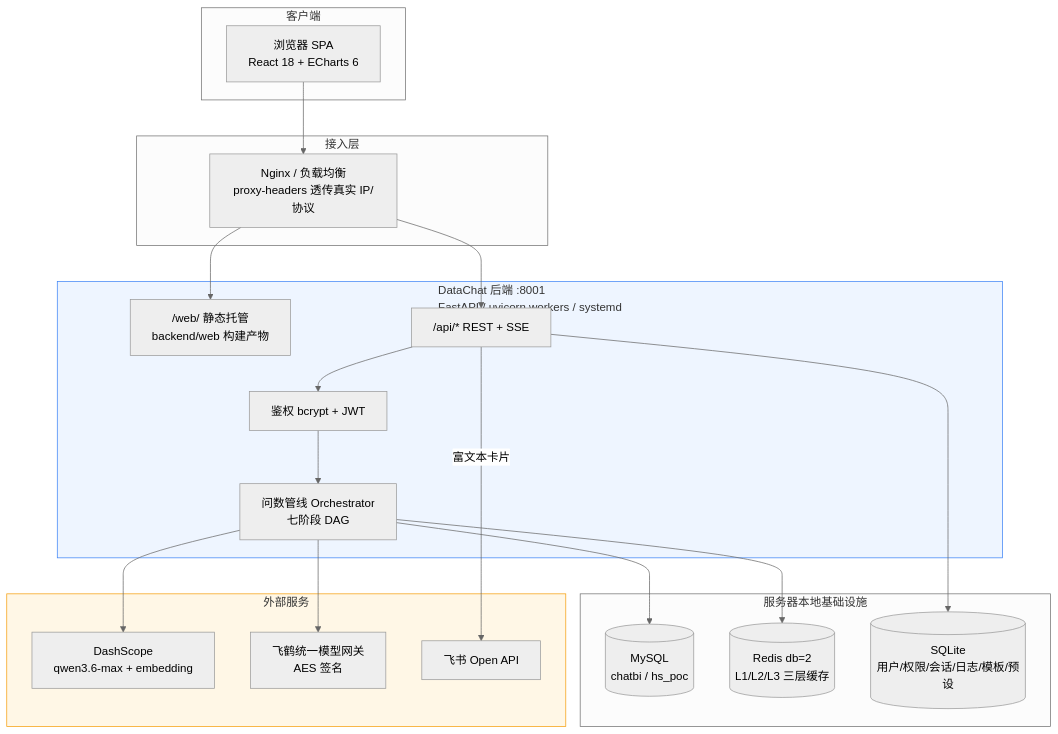
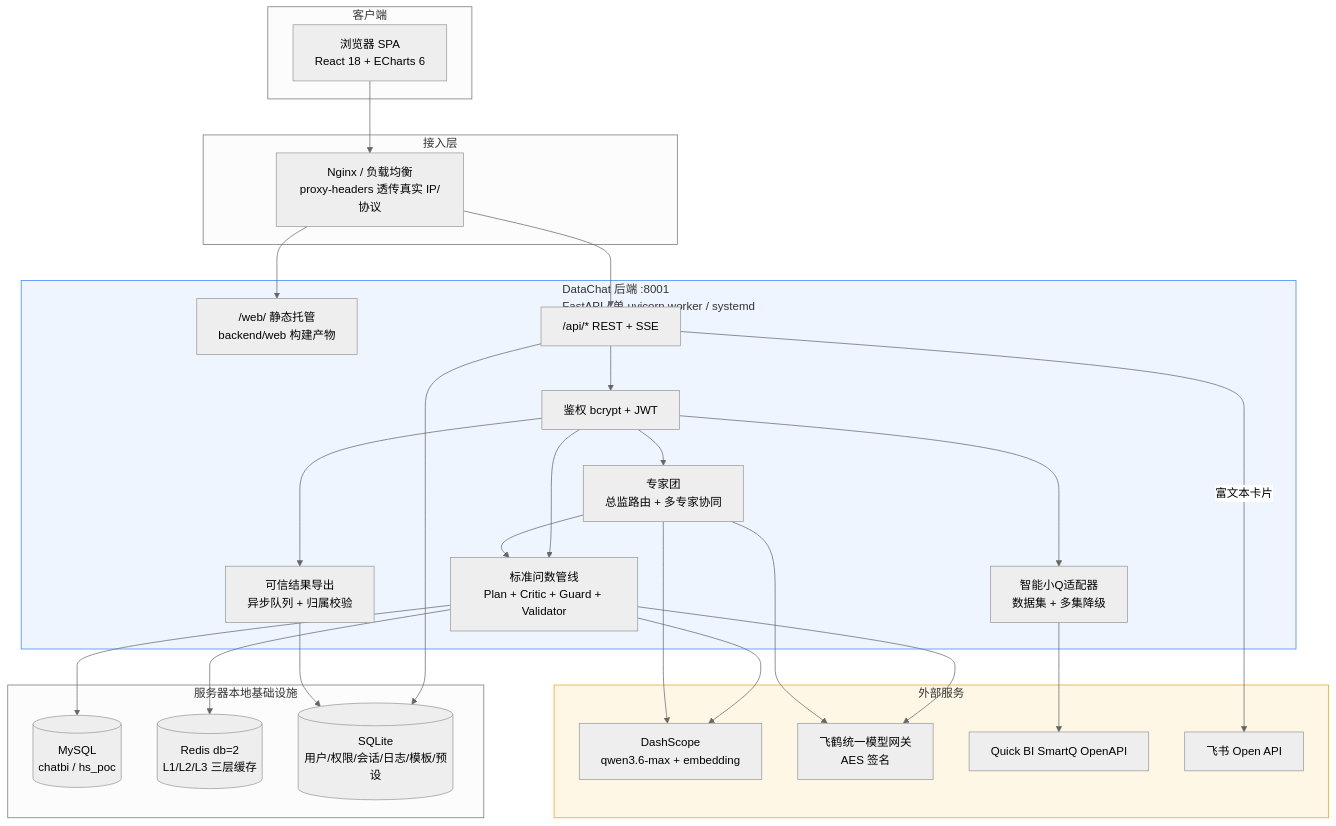
Before and after one commit to YJLBigData/DataChatV1: the first of 5 diagrams in docs/ARCHITECTURE.md, drawn with Mermaid (neutral theme). The commit also changed other lines of this file and 2 other files, not shown here.

````diff
--- a/docs/ARCHITECTURE.md
+++ b/docs/ARCHITECTURE.md
@@ -7,42 +7,55 @@
 ```mermaid
 flowchart TB
     subgraph client["客户端"]
         B["浏览器 SPA<br/>React 18 + ECharts 6"]
     end
 
     subgraph edge["接入层"]
         LB["Nginx / 负载均衡<br/>proxy-headers 透传真实 IP/协议"]
     end
 
-    subgraph datachat["DataChat 后端 :8001<br/>FastAPI / uvicorn workers / systemd"]
+    subgraph datachat["DataChat 后端 :8001<br/>FastAPI / 单 uvicorn worker / systemd"]
         WEB["/web/ 静态托管<br/>backend/web 构建产物"]
         API["/api/* REST + SSE"]
         AUTH["鉴权 bcrypt + JWT"]
-        ORCH["问数管线 Orchestrator<br/>七阶段 DAG"]
+        ORCH["标准问数管线<br/>Plan + Critic + Guard + Validator"]
+        EXPERT["专家团<br/>总监路由 + 多专家协同"]
+        SMARTQ["智能小Q适配器<br/>数据集 + 多集降级"]
+        EXPORT["可信结果导出<br/>异步队列 + 归属校验"]
     end
 
     subgraph infra["服务器本地基础设施"]
         MYSQL[("MySQL<br/>chatbi / hs_poc")]
         REDIS[("Redis db=2<br/>L1/L2/L3 三层缓存")]
         SQLITE[("SQLite<br/>用户/权限/会话/日志/模板/预设")]
     end
 
     subgraph ext["外部服务"]
         DS["DashScope<br/>qwen3.6-max + embedding"]
         FEIHE["飞鹤统一模型网关<br/>AES 签名"]
+        QBI["Quick BI SmartQ OpenAPI"]
         FS["飞书 Open API"]
     end
 
     B --> LB --> WEB
     LB --> API
-    API --> AUTH --> ORCH
+    API --> AUTH
+    AUTH --> ORCH
+    AUTH --> EXPERT
+    AUTH --> SMARTQ
+    AUTH --> EXPORT
+    EXPERT --> ORCH
     ORCH --> REDIS
     ORCH --> MYSQL
     ORCH --> DS
     ORCH --> FEIHE
+    EXPERT --> DS
+    EXPERT --> FEIHE
+    SMARTQ --> QBI
     API --> SQLITE
+    EXPORT --> SQLITE
     API -- "富文本卡片" --> FS
 
     style datachat fill:#eef5ff,stroke:#3b82f6
     style ext fill:#fff7e6,stroke:#f59e0b
 ```
````
